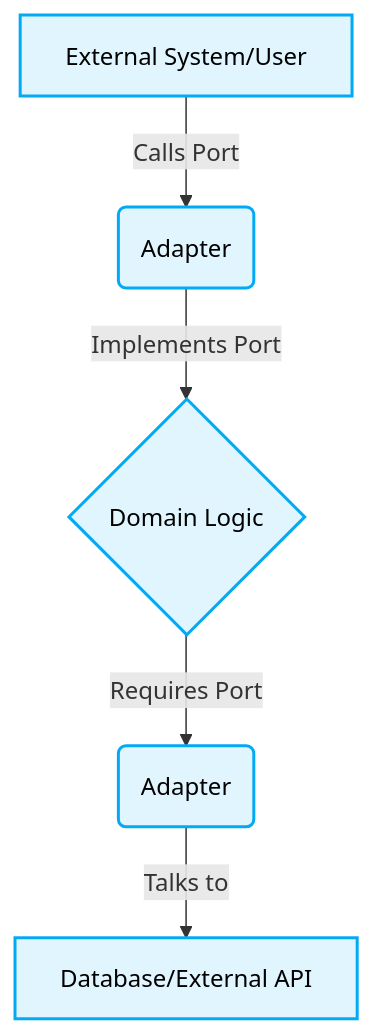
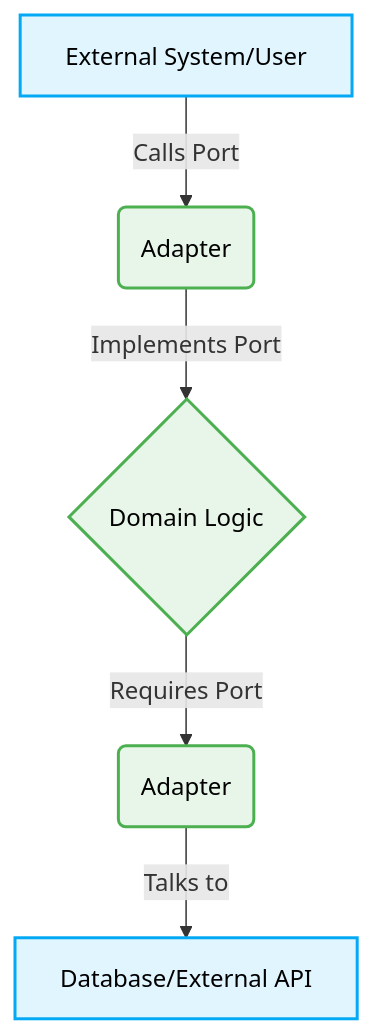
One commit to beginwebdev2002/best-practise changed the diagram in architectures/hexagonal-architecture/readme.md. Above: the diagram before and after it, drawn with Mermaid. The commit also changed other lines of this file and 16 other files, not shown here.

Commit message:
docs(arch): autonomous evolution of architecture blueprints

````diff
--- a/architectures/hexagonal-architecture/readme.md
+++ b/architectures/hexagonal-architecture/readme.md
@@ -32,10 +34,17 @@
 ```mermaid
 flowchart TD
     A[External System/User] -->|Calls Port| B(Adapter)
     B -->|Implements Port| C{Domain Logic}
     C -->|Requires Port| D(Adapter)
     D -->|Talks to| E[Database/External API]
 
+    %% Added Design Token Styles for Mermaid Diagrams
     classDef default fill:#e1f5fe,stroke:#03a9f4,stroke-width:2px,color:#000;
-    class A,B,C,D,E default;
+    classDef component fill:#e8f5e9,stroke:#4caf50,stroke-width:2px,color:#000;
+
+    class A default;
+    class B component;
+    class C component;
+    class D component;
+    class E default;
 ```
````
